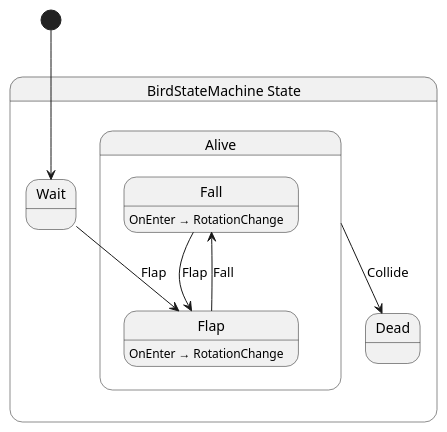
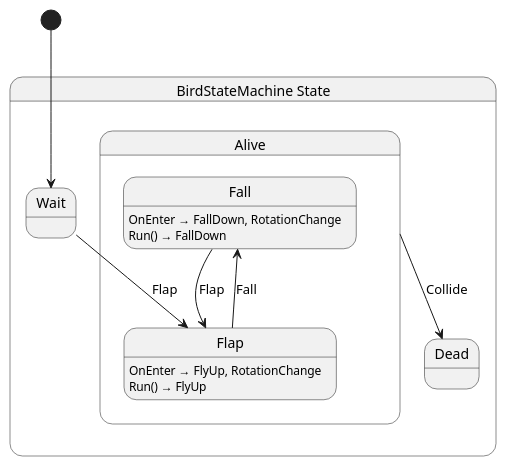
One commit to fm39hz/FlappyBirdGame changed the diagram in src/Game/Creature/Bird/BirdStateMachine.g.puml. Above: the diagram before and after it, drawn with PlantUML. The commit also changed 3 other files, not shown here.

```diff
--- a/src/Game/Creature/Bird/BirdStateMachine.g.puml
+++ b/src/Game/Creature/Bird/BirdStateMachine.g.puml
@@ -1,20 +1,22 @@
 @startuml BirdStateMachine
 state "BirdStateMachine State" as FlappyBirdGame_Game_Creature_BirdStateMachine_State {
   state "Alive" as FlappyBirdGame_Game_Creature_BirdStateMachine_State_Alive {
     state "Fall" as FlappyBirdGame_Game_Creature_BirdStateMachine_State_Alive_Fall
     state "Flap" as FlappyBirdGame_Game_Creature_BirdStateMachine_State_Alive_Flap
   }
   state "Dead" as FlappyBirdGame_Game_Creature_BirdStateMachine_State_Dead
   state "Wait" as FlappyBirdGame_Game_Creature_BirdStateMachine_State_Wait
 }
 
 FlappyBirdGame_Game_Creature_BirdStateMachine_State_Alive --> FlappyBirdGame_Game_Creature_BirdStateMachine_State_Dead : Collide
 FlappyBirdGame_Game_Creature_BirdStateMachine_State_Alive_Fall --> FlappyBirdGame_Game_Creature_BirdStateMachine_State_Alive_Flap : Flap
 FlappyBirdGame_Game_Creature_BirdStateMachine_State_Alive_Flap --> FlappyBirdGame_Game_Creature_BirdStateMachine_State_Alive_Fall : Fall
 FlappyBirdGame_Game_Creature_BirdStateMachine_State_Wait --> FlappyBirdGame_Game_Creature_BirdStateMachine_State_Alive_Flap : Flap
 
-FlappyBirdGame_Game_Creature_BirdStateMachine_State_Alive_Fall : OnEnter → RotationChange
-FlappyBirdGame_Game_Creature_BirdStateMachine_State_Alive_Flap : OnEnter → RotationChange
+FlappyBirdGame_Game_Creature_BirdStateMachine_State_Alive_Fall : OnEnter → FallDown, RotationChange
+FlappyBirdGame_Game_Creature_BirdStateMachine_State_Alive_Fall : Run() → FallDown
+FlappyBirdGame_Game_Creature_BirdStateMachine_State_Alive_Flap : OnEnter → FlyUp, RotationChange
+FlappyBirdGame_Game_Creature_BirdStateMachine_State_Alive_Flap : Run() → FlyUp
 
 [*] --> FlappyBirdGame_Game_Creature_BirdStateMachine_State_Wait
 @enduml
```
